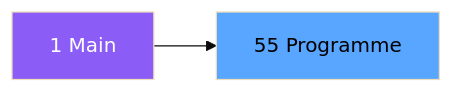
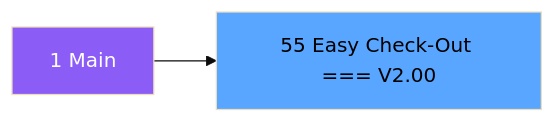
One commit to thonyAGP/magic-migration changed the second of 3 diagrams in .openspec/specs/ADH-IDE-55.md. Above: the diagram before and after it, drawn with Mermaid (base theme). The commit also changed other lines of this file and 323 other files, not shown here.

````diff
--- a/.openspec/specs/ADH-IDE-55.md
+++ b/.openspec/specs/ADH-IDE-55.md
@@ -98,8 +118,8 @@
 ```mermaid
 graph LR
     M[1 Main]
-    T[55 Programme]
+    T[55 Easy Check-Out === V2.00]
     M --> T
     style M fill:#8b5cf6,color:#fff
     style T fill:#58a6ff,color:#000
 ```
````
